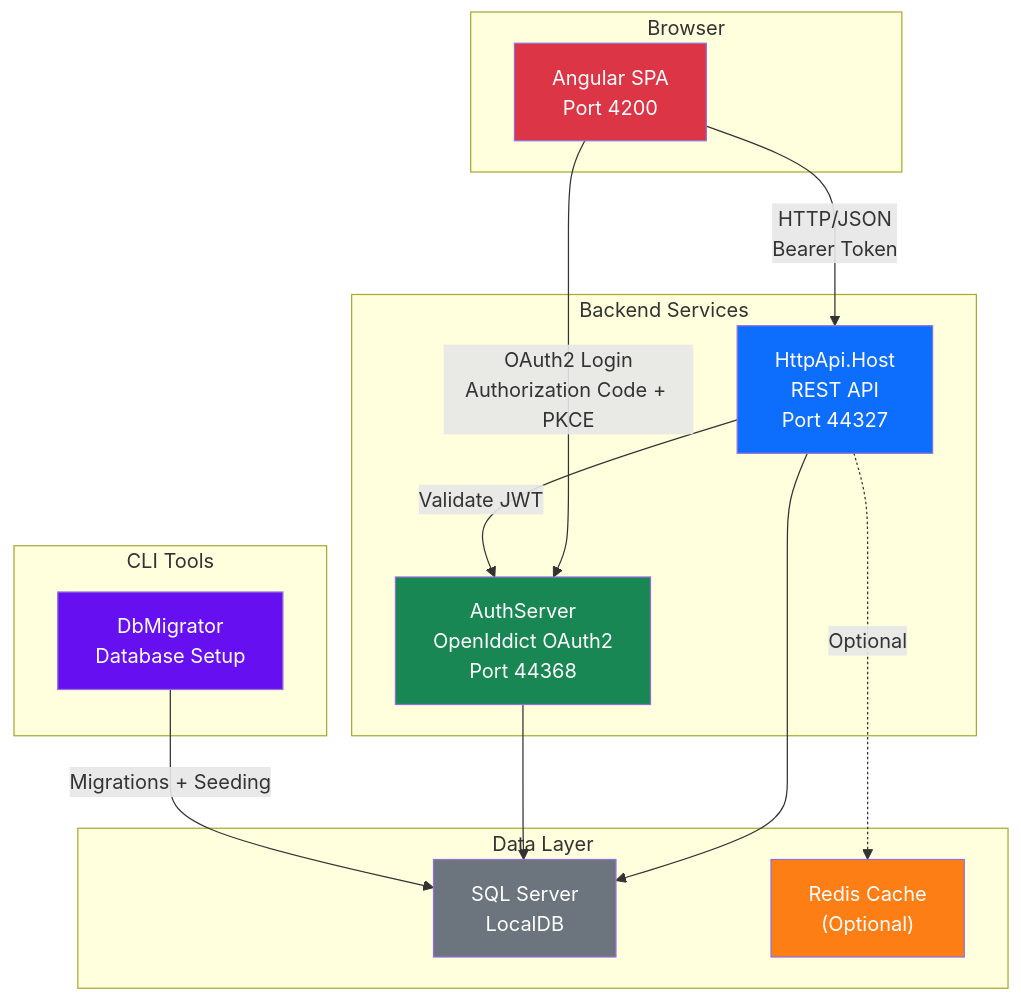
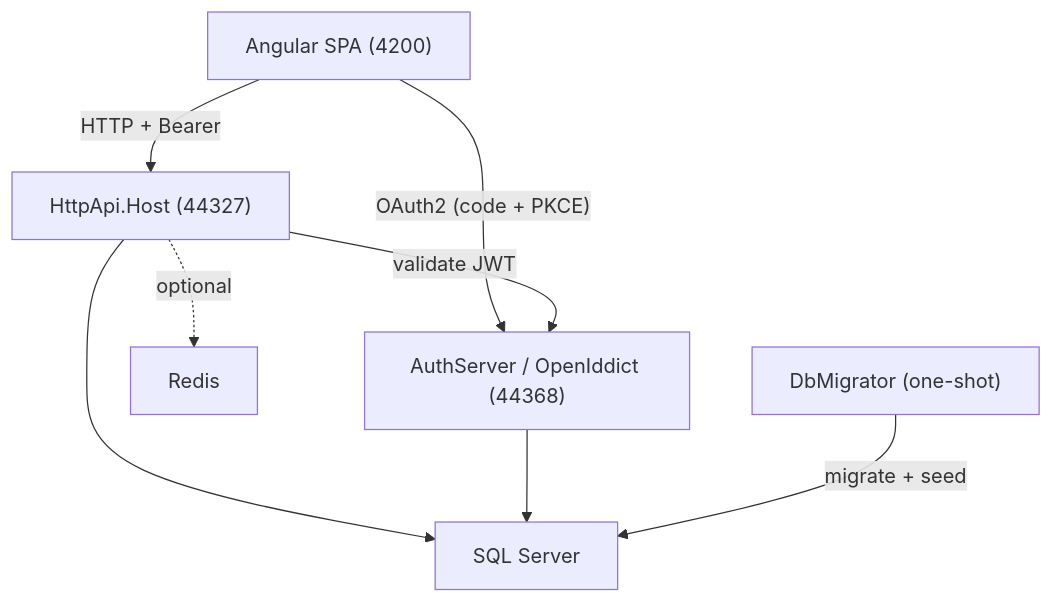
The diagram in docs/INDEX.md (gesco-healthcare-support/hcs-patient-portal), drawn with Mermaid before and after one commit. The commit also changed other lines of this file and 42 other files, not shown here.

````diff
--- a/docs/INDEX.md
+++ b/docs/INDEX.md
@@ -103,35 +20,10 @@
 ```mermaid
 flowchart TB
-    subgraph Browser["Browser"]
-        Angular["Angular SPA<br/>Port 4200"]
-    end
-
-    subgraph Backend["Backend Services"]
-        API["HttpApi.Host<br/>REST API<br/>Port 44327"]
-        Auth["AuthServer<br/>OpenIddict OAuth2<br/>Port 44368"]
-    end
-
-    subgraph Data["Data Layer"]
-        SQL["SQL Server<br/>LocalDB"]
-        Redis["Redis Cache<br/>(Optional)"]
-    end
-
-    subgraph Tools["CLI Tools"]
-        Migrator["DbMigrator<br/>Database Setup"]
-    end
-
-    Angular -->|"HTTP/JSON<br/>Bearer Token"| API
-    Angular -->|"OAuth2 Login<br/>Authorization Code + PKCE"| Auth
-    API -->|"Validate JWT"| Auth
-    API --> SQL
-    API -.->|"Optional"| Redis
+    Angular["Angular SPA (4200)"] -->|"HTTP + Bearer"| API["HttpApi.Host (44327)"]
+    Angular -->|"OAuth2 (code + PKCE)"| Auth["AuthServer / OpenIddict (44368)"]
+    API -->|"validate JWT"| Auth
+    API --> SQL["SQL Server"]
+    API -.->|optional| Redis["Redis"]
     Auth --> SQL
-    Migrator -->|"Migrations + Seeding"| SQL
-
-    style Angular fill:#dc3545,color:#fff
-    style API fill:#0d6efd,color:#fff
-    style Auth fill:#198754,color:#fff
-    style SQL fill:#6c757d,color:#fff
-    style Redis fill:#fd7e14,color:#fff
-    style Migrator fill:#6610f2,color:#fff
+    Migrator["DbMigrator (one-shot)"] -->|"migrate + seed"| SQL
 ```
````
